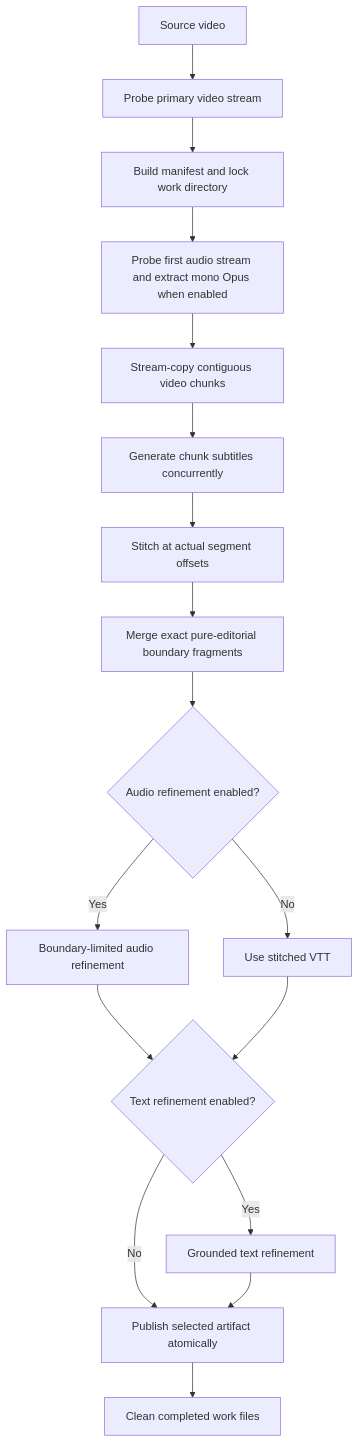
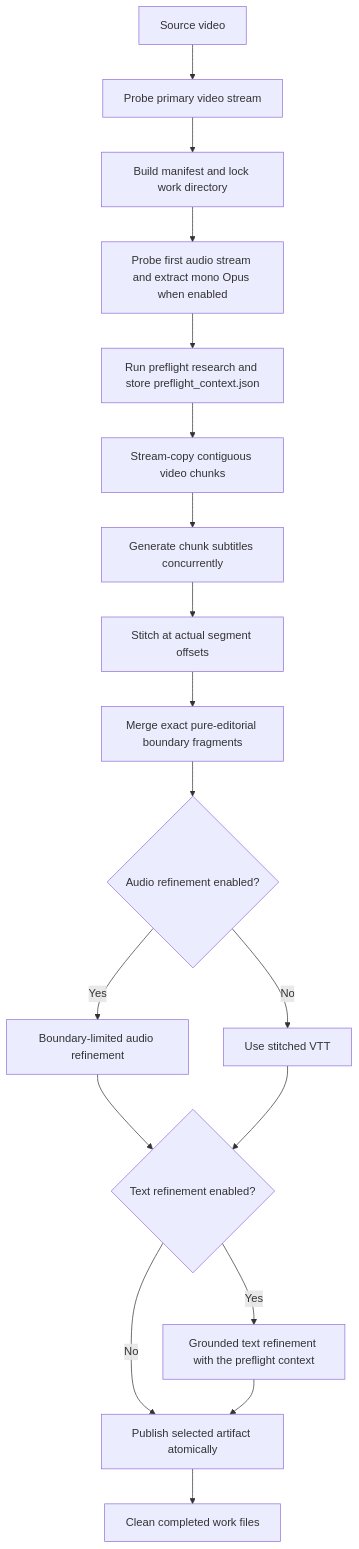
One commit to gotenksIN/video-subtitler changed the second of 2 diagrams in CONTEXT.md. Above: the diagram before and after it, drawn with Mermaid. The commit also changed other lines of this file and 11 other files, not shown here.

First line of the commit message:
pipeline: Add Pass 0 preflight research and candidate rosters

````diff
--- a/CONTEXT.md
+++ b/CONTEXT.md
@@ -23,19 +37,20 @@
 ```mermaid
 flowchart TD
     A[Source video] --> B[Probe primary video stream]
     B --> C[Build manifest and lock work directory]
     C --> D[Probe first audio stream and extract mono Opus when enabled]
-    D --> E[Stream-copy contiguous video chunks]
-    E --> F[Generate chunk subtitles concurrently]
-    F --> G[Stitch at actual segment offsets]
-    G --> H[Merge exact pure-editorial boundary fragments]
-    H --> I{Audio refinement enabled?}
-    I -->|Yes| J[Boundary-limited audio refinement]
-    I -->|No| K[Use stitched VTT]
-    J --> L{Text refinement enabled?}
-    K --> L
-    L -->|Yes| M[Grounded text refinement]
-    L -->|No| N[Publish selected artifact atomically]
-    M --> N
-    N --> O[Clean completed work files]
+    D --> E[Run preflight research and store preflight_context.json]
+    E --> F[Stream-copy contiguous video chunks]
+    F --> G[Generate chunk subtitles concurrently]
+    G --> H[Stitch at actual segment offsets]
+    H --> I[Merge exact pure-editorial boundary fragments]
+    I --> J{Audio refinement enabled?}
+    J -->|Yes| K[Boundary-limited audio refinement]
+    J -->|No| L[Use stitched VTT]
+    K --> M{Text refinement enabled?}
+    L --> M
+    M -->|Yes| N[Grounded text refinement with the preflight context]
+    M -->|No| O[Publish selected artifact atomically]
+    N --> O
+    O --> P[Clean completed work files]
 ```
````
